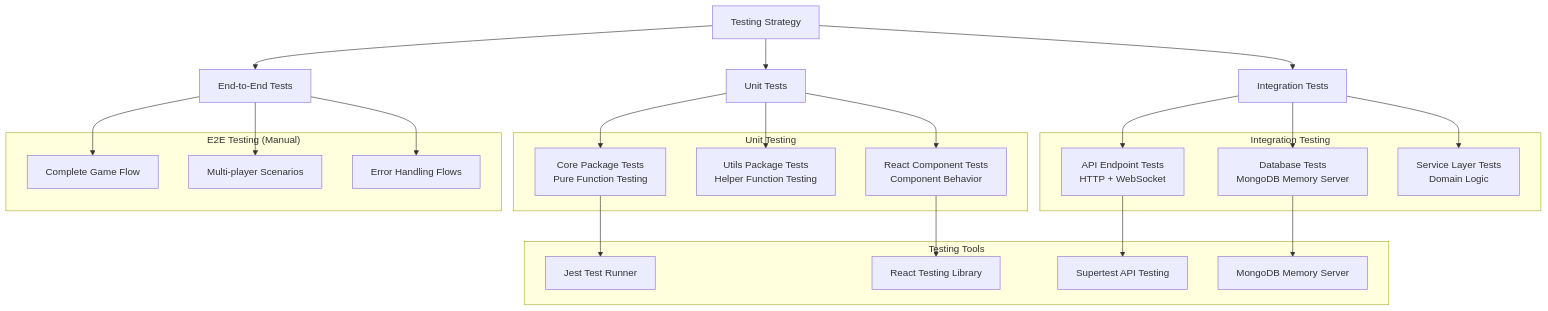
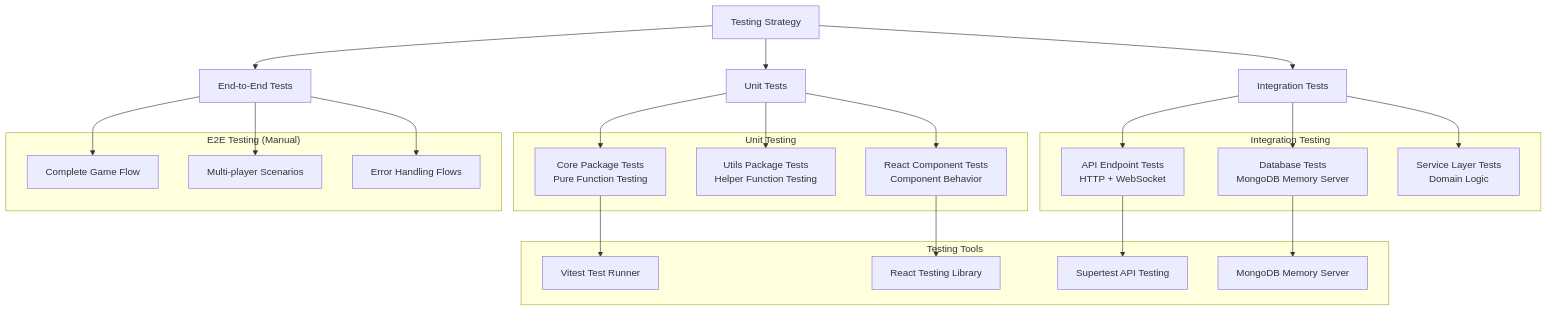
The fourth of 11 diagrams in docs/development.md (psousa50/codenames50), drawn with Mermaid before and after one commit. The commit also changed other lines of this file and 7 other files, not shown here.

````diff
--- a/docs/development.md
+++ b/docs/development.md
@@ -111,48 +111,48 @@
 ```mermaid
 graph TB
     TestStrategy[Testing Strategy] --> UnitTests[Unit Tests]
     TestStrategy --> IntegrationTests[Integration Tests]
     TestStrategy --> E2ETests[End-to-End Tests]
     
     subgraph "Unit Testing"
         CoreUnit[Core Package Tests<br/>Pure Function Testing]
         UtilsUnit[Utils Package Tests<br/>Helper Function Testing]
         ComponentUnit[React Component Tests<br/>Component Behavior]
     end
     
     subgraph "Integration Testing"
         APITests[API Endpoint Tests<br/>HTTP + WebSocket]
         DatabaseTests[Database Tests<br/>MongoDB Memory Server]
         ServiceTests[Service Layer Tests<br/>Domain Logic]
     end
     
     subgraph "E2E Testing (Manual)"
         GameFlow[Complete Game Flow]
         MultiPlayer[Multi-player Scenarios]
         ErrorHandling[Error Handling Flows]
     end
     
     UnitTests --> CoreUnit
     UnitTests --> UtilsUnit
     UnitTests --> ComponentUnit
     
     IntegrationTests --> APITests
     IntegrationTests --> DatabaseTests
     IntegrationTests --> ServiceTests
     
     E2ETests --> GameFlow
     E2ETests --> MultiPlayer
     E2ETests --> ErrorHandling
     
     subgraph "Testing Tools"
-        Jest[Jest Test Runner]
+        Vitest[Vitest Test Runner]
         RTL[React Testing Library]
         Supertest[Supertest API Testing]
         MemoryDB[MongoDB Memory Server]
     end
     
-    CoreUnit --> Jest
+    CoreUnit --> Vitest
     ComponentUnit --> RTL
     APITests --> Supertest
     DatabaseTests --> MemoryDB
 ```
````
